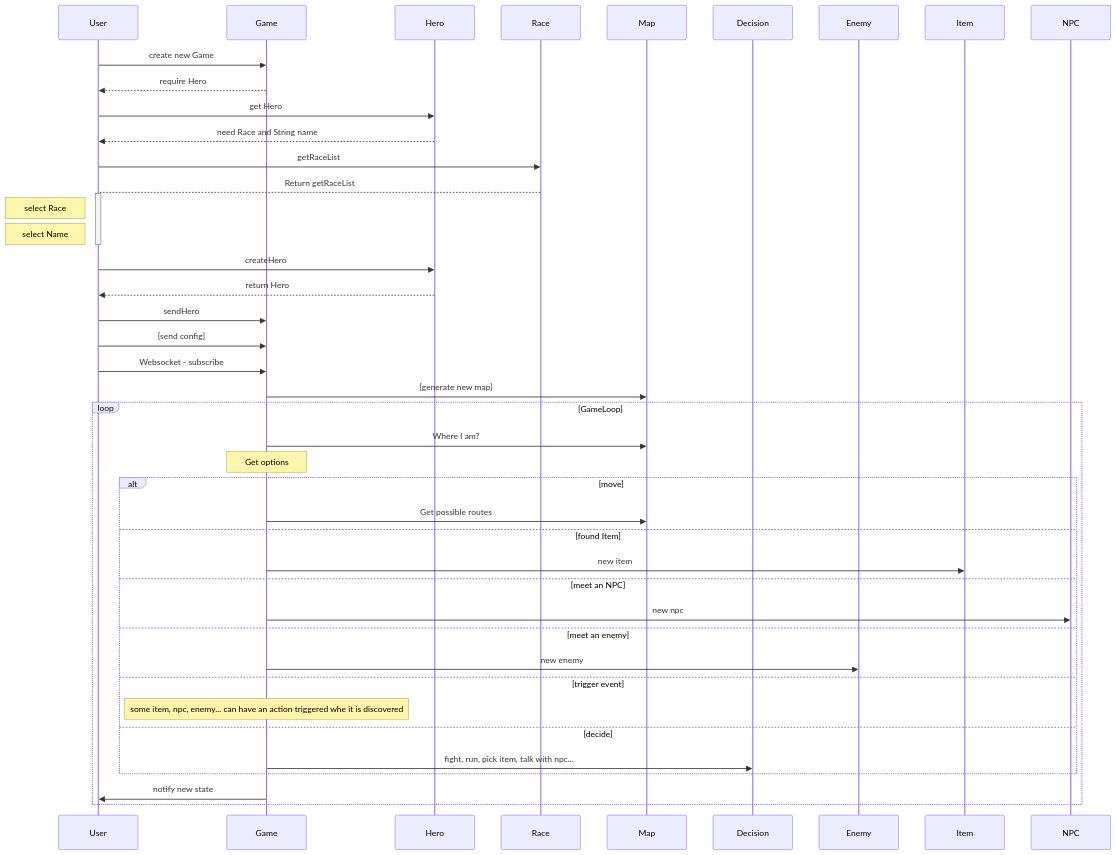
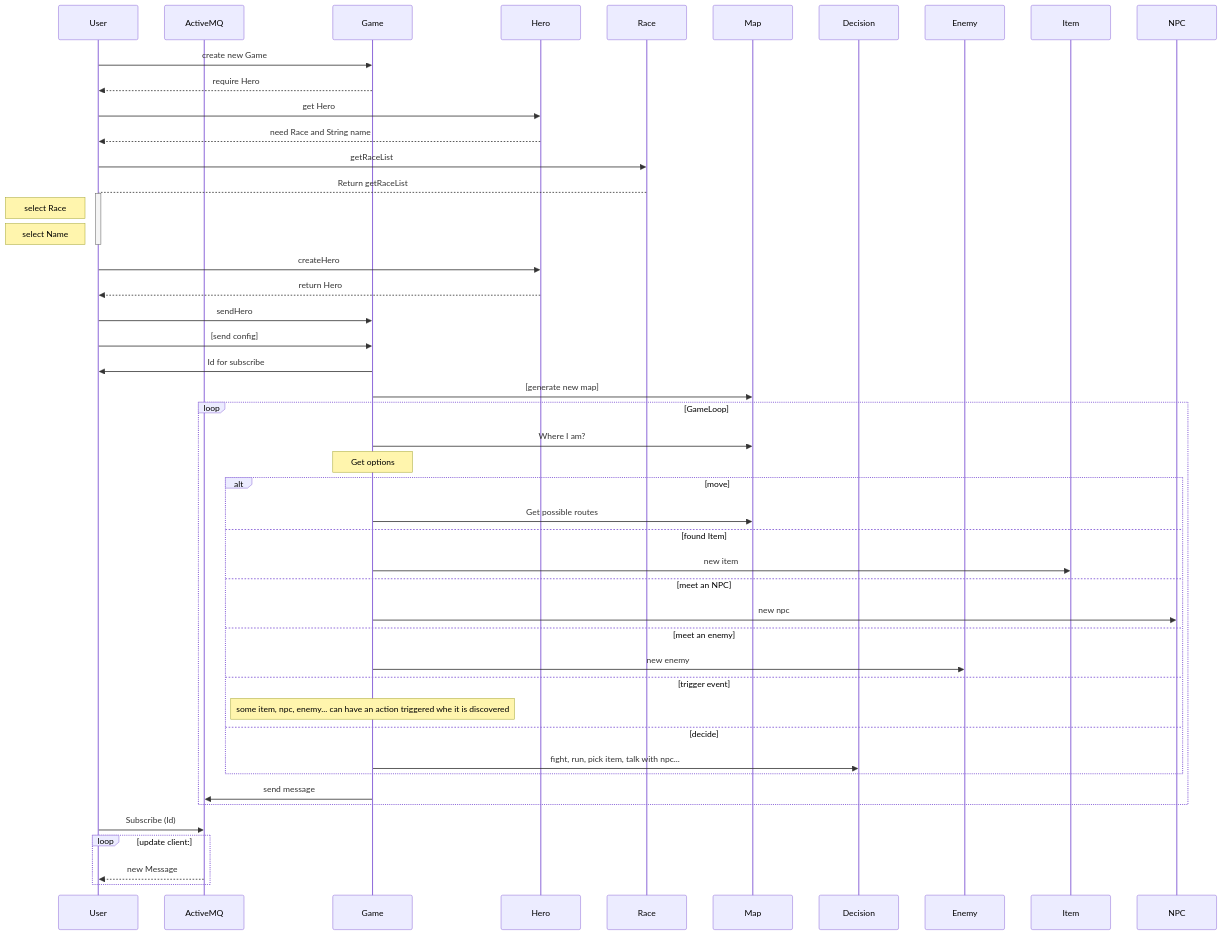
One commit to PedroL129/no-role-play-game changed the diagram in docs/general-sequence.mmd. Above: the diagram before and after it, drawn with Mermaid.

Commit message:
Update sequence Diagram. Add ActiveMQ

```diff
--- a/docs/general-sequence.mmd
+++ b/docs/general-sequence.mmd
@@ -1,48 +1,55 @@
+  
 sequenceDiagram
   participant User
+  participant ActiveMQ
   participant Game
   participant Hero
   participant Race
   participant Map
   participant Decision
   participant Enemy
   participant Item
   participant NPC
 
   User->>Game: create new Game
   Game-->>User: require Hero
   User->>Hero: get Hero
   Hero-->>User: need Race and String name
   User->>Race: getRaceList
   Race-->User: Return getRaceList
 
   activate User
     Note left of User: select Race
     Note left of User: select Name
   deactivate User
 
   User->>Hero: createHero
   Hero-->>User: return Hero
   User->>Game: sendHero
   User->>Game: [send config]
-  User->>Game: Websocket - subscribe
+  Game->>User: Id for subscribe
   Game->>Map: [generate new map]
   loop GameLoop
     Game->>Map: Where I am?
     Note over Game: Get options
     alt move
       Game->>Map: Get possible routes
     else found Item
       Game->>Item: new item
     else meet an NPC
       Game->>NPC: new npc
     else meet an enemy
       Game->>Enemy: new enemy
     else trigger event
       Note over Game: some item, npc, enemy... can have an action triggered whe it is discovered
     else decide
       Game->>Decision: fight, run, pick item, talk with npc...
     end
 
-    Game->>User: notify new state
+    Game->>ActiveMQ: send message
+    
   end
+  User->>ActiveMQ: Subscribe (Id)
+  loop update client:
+    ActiveMQ-->>User: new Message
+  end
```
